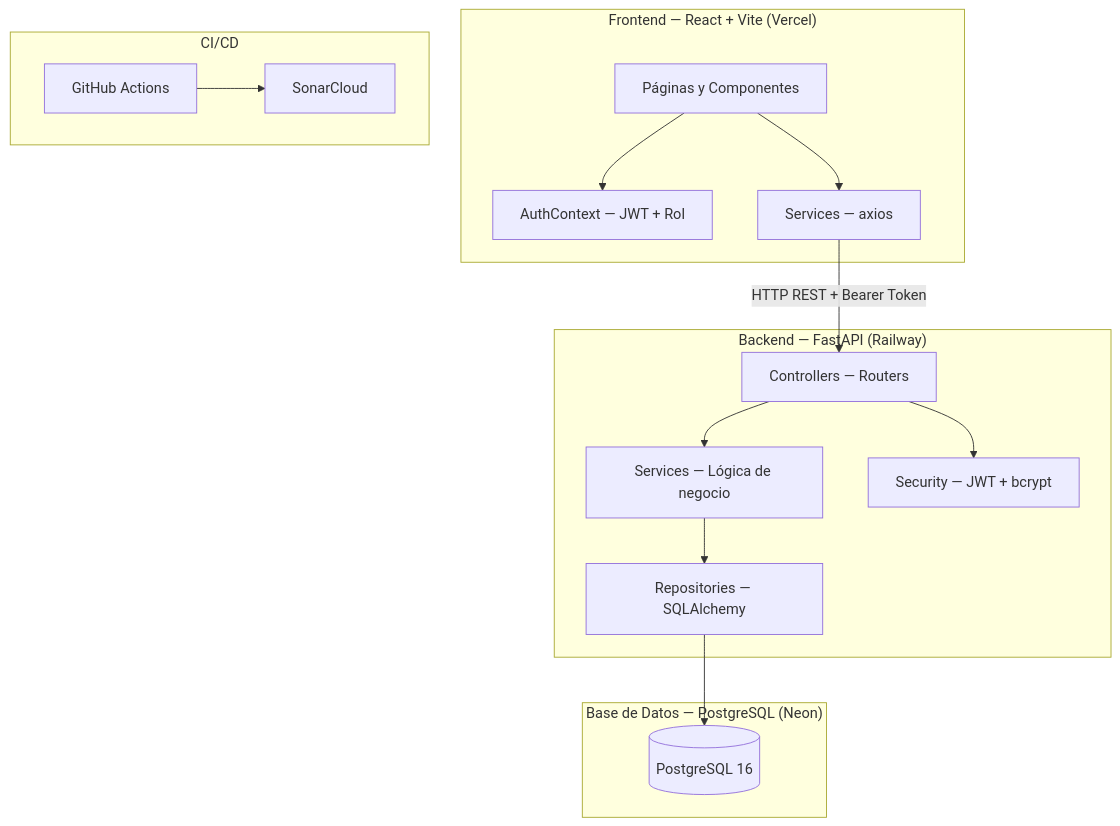
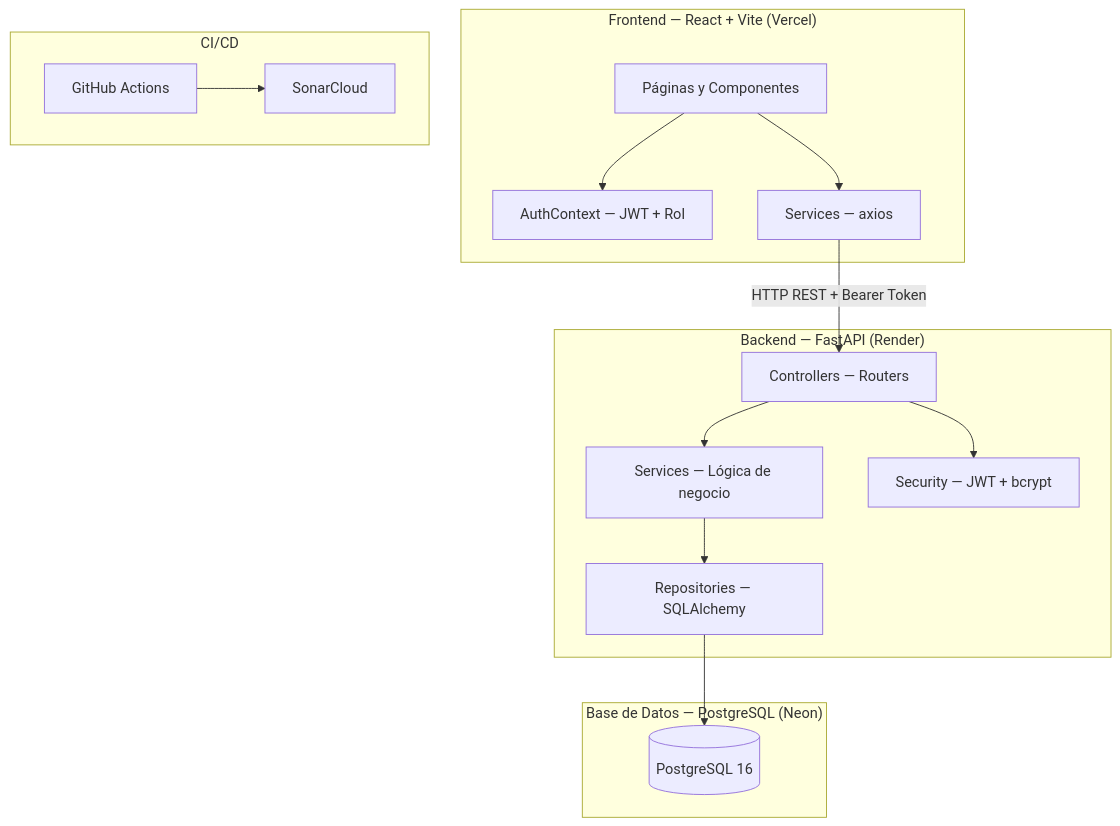
One commit to dammarts/Laboratorio changed the third of 3 diagrams in docs/wiki.md. Above: the diagram before and after it, drawn with Mermaid. The commit also changed other lines of this file, not shown here.

````diff
--- a/docs/wiki.md
+++ b/docs/wiki.md
@@ -374,33 +383,33 @@
 ```mermaid
 graph TD
   subgraph Frontend["Frontend — React + Vite (Vercel)"]
     UI[Páginas y Componentes]
     AuthCtx[AuthContext — JWT + Rol]
     Services[Services — axios]
   end
 
-  subgraph Backend["Backend — FastAPI (Railway)"]
+  subgraph Backend["Backend — FastAPI (Render)"]
     Controllers[Controllers — Routers]
     ServicesB[Services — Lógica de negocio]
     Repos[Repositories — SQLAlchemy]
     Security[Security — JWT + bcrypt]
   end
 
   subgraph BD["Base de Datos — PostgreSQL (Neon)"]
     DB[(PostgreSQL 16)]
   end
 
   subgraph DevOps["CI/CD"]
     GHA[GitHub Actions]
     Sonar[SonarCloud]
   end
 
   UI --> AuthCtx
   UI --> Services
   Services -->|HTTP REST + Bearer Token| Controllers
   Controllers --> Security
   Controllers --> ServicesB
   ServicesB --> Repos
   Repos --> DB
   GHA --> Sonar
 ```
````
